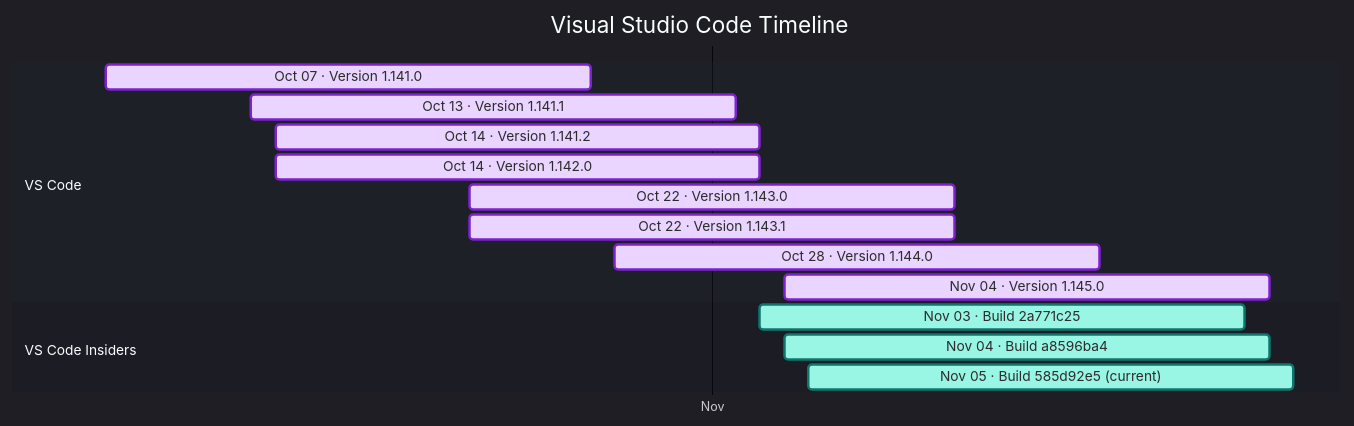
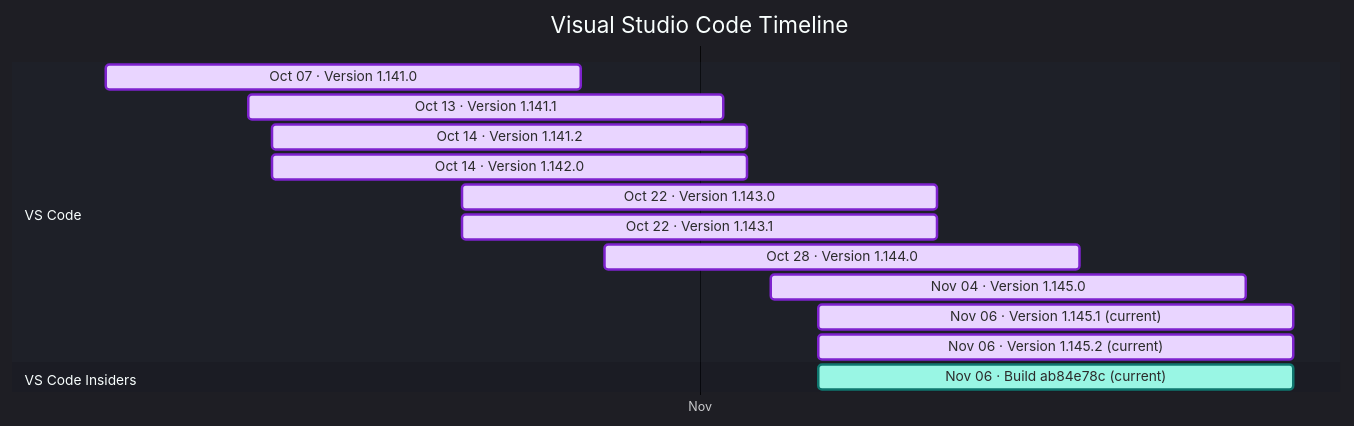
One commit to Oxelya-DevTools/VisualStudioUpdate changed the diagram in docs/vscode.md. Above: the diagram before and after it, drawn with Mermaid. The commit also changed other lines of this file and 1 other file, not shown here.

````diff
--- a/docs/vscode.md
+++ b/docs/vscode.md
@@ -9,21 +9,21 @@
 ```mermaid
 %%{init: {'theme':'dark','themeVariables': { 'fontFamily': 'Segoe UI', 'fontSize': '24px', 'textColor': '#F3F4F6', 'titleTextColor': '#FFFFFF', 'taskTextColor': '#111827', 'taskTextLightColor': '#111827', 'taskTextOutsideColor': '#F3F4F6', 'taskBkgColor': '#BAE6FD', 'taskBorderColor': '#0369A1', 'doneTaskBkgColor': '#E9D5FF', 'doneTaskBorderColor': '#7E22CE', 'activeTaskBkgColor': '#99F6E4', 'activeTaskBorderColor': '#0F766E', 'critTaskBkgColor': '#FED7AA', 'critTaskBorderColor': '#C2410C', 'sectionBkgColor': '#1F2937', 'altSectionBkgColor': '#111827', 'gridColor': '#4B5563', 'todayLineColor': '#F87171' }}}%%
 gantt
     title Visual Studio Code Timeline
     dateFormat  YYYY-MM-DD
     axisFormat  %b
     tickInterval 1month
     section VS Code
     Oct 07 · Version 1.141.0 : done, vscode202610070, 2026-10-07, 20d
     Oct 13 · Version 1.141.1 : done, vscode202610131, 2026-10-13, 20d
     Oct 14 · Version 1.141.2 : done, vscode202610142, 2026-10-14, 20d
     Oct 14 · Version 1.142.0 : done, vscode202610143, 2026-10-14, 20d
     Oct 22 · Version 1.143.0 : done, vscode202610224, 2026-10-22, 20d
     Oct 22 · Version 1.143.1 : done, vscode202610225, 2026-10-22, 20d
     Oct 28 · Version 1.144.0 : done, vscode202610286, 2026-10-28, 20d
     Nov 04 · Version 1.145.0 : done, vscode202611047, 2026-11-04, 20d
+    Nov 06 · Version 1.145.1 (current) : done, vscode202611068, 2026-11-06, 20d
+    Nov 06 · Version 1.145.2 (current) : done, vscode202611069, 2026-11-06, 20d
     section VS Code Insiders
-    Nov 03 · Build 2a771c25 : active, vscodeinsiders202611030, 2026-11-03, 20d
-    Nov 04 · Build a8596ba4 : active, vscodeinsiders202611041, 2026-11-04, 20d
-    Nov 05 · Build 585d92e5 (current) : active, vscodeinsiders202611052, 2026-11-05, 20d
+    Nov 06 · Build ab84e78c (current) : active, vscodeinsiders202611060, 2026-11-06, 20d
 ```
````
